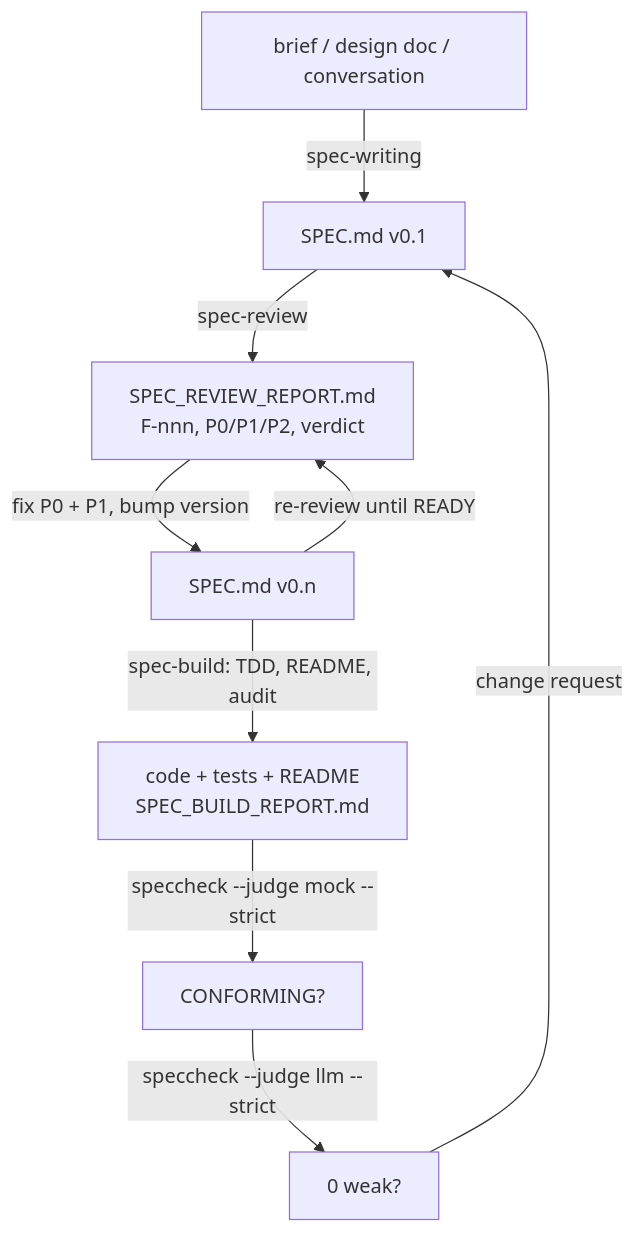
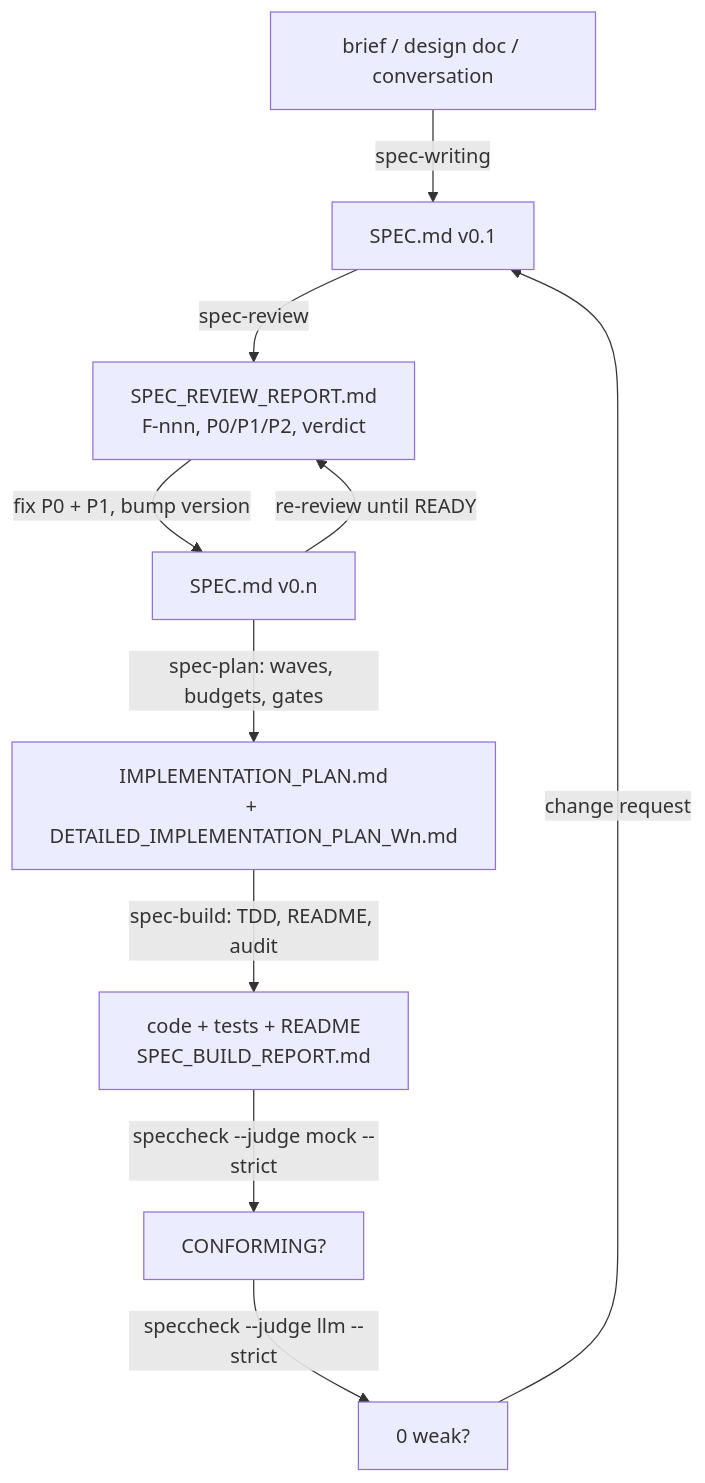
One commit to rioffe/speccheck changed the diagram in docs/introducing-speccheck.md. Above: the diagram before and after it, drawn with Mermaid. The commit also changed other lines of this file and 4 other files, not shown here.

````diff
--- a/docs/introducing-speccheck.md
+++ b/docs/introducing-speccheck.md
@@ -60,11 +60,12 @@
 ```mermaid
 flowchart TD
     B["brief / design doc / conversation"] -->|"spec-writing"| S["SPEC.md v0.1"]
     S -->|"spec-review"| R["SPEC_REVIEW_REPORT.md<br/>F-nnn, P0/P1/P2, verdict"]
     R -->|"fix P0 + P1, bump version"| S2["SPEC.md v0.n"]
     S2 -->|"re-review until READY"| R
-    S2 -->|"spec-build: TDD, README, audit"| C["code + tests + README<br/>SPEC_BUILD_REPORT.md"]
+    S2 -->|"spec-plan: waves, budgets, gates"| P["IMPLEMENTATION_PLAN.md<br/>+ DETAILED_IMPLEMENTATION_PLAN_Wn.md"]
+    P -->|"spec-build: TDD, README, audit"| C["code + tests + README<br/>SPEC_BUILD_REPORT.md"]
     C -->|"speccheck --judge mock --strict"| G1["CONFORMING?"]
     G1 -->|"speccheck --judge llm --strict"| G2["0 weak?"]
     G2 -->|"change request"| S
 ```
````
